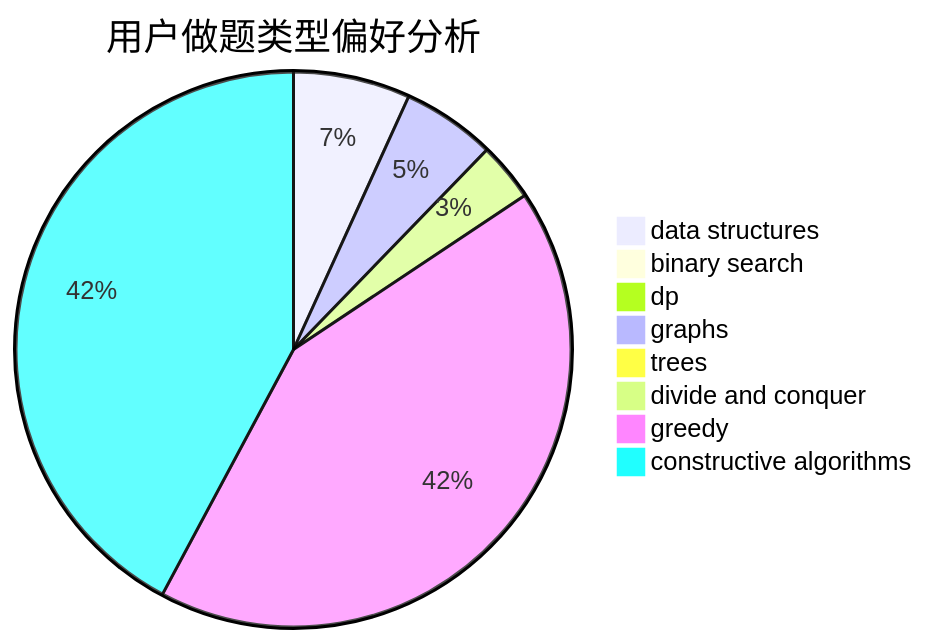
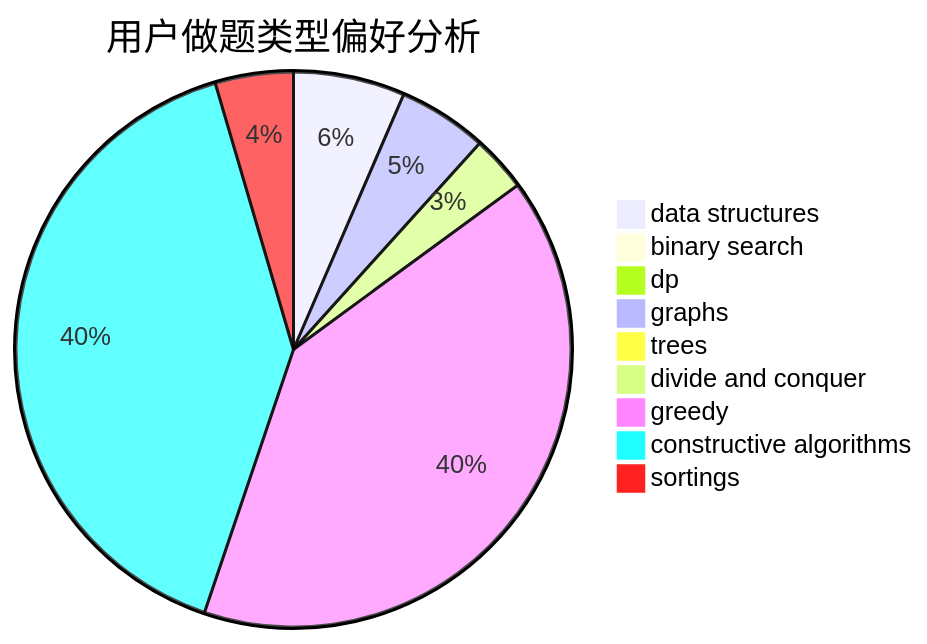
One commit to sherpahu/cfrs.github.io changed the second of 3 diagrams in docs/user/u1405.md. Above: the diagram before and after it, drawn with Mermaid. The commit also changed other lines of this file and 2769 other files, not shown here.

````diff
--- a/docs/user/u1405.md
+++ b/docs/user/u1405.md
@@ -23,11 +18,12 @@
 ```mermaid
 pie title 用户做题类型偏好分析
     "data structures" :  10
     "binary search" :  1
     "dp" :  1
     "graphs" :  8
     "trees" :  0
     "divide and conquer" :  5
     "greedy" :  62
     "constructive algorithms" :  62
+    "sortings" :  7
 ```
````
